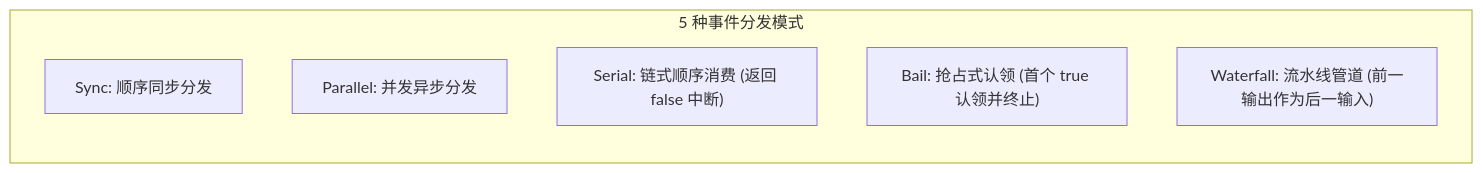
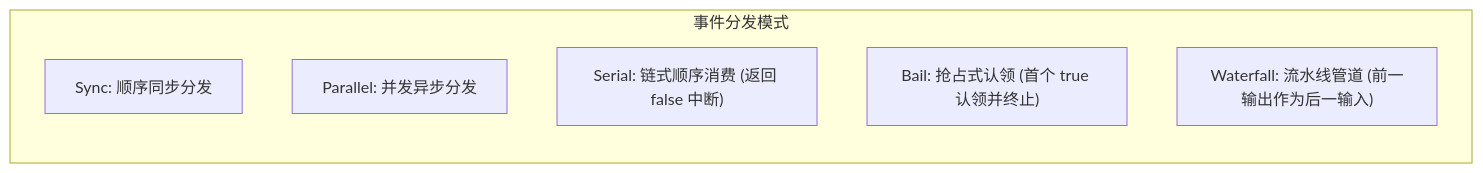
Before and after one commit to fjay/knotra: the fifth of 5 diagrams in docs/Knotra API 与集成指南.md, drawn with Mermaid. The commit also changed other lines of this file and 7 other files, not shown here.

````diff
--- a/docs/Knotra API 与集成指南.md
+++ b/docs/Knotra API 与集成指南.md
@@ -246,10 +246,10 @@
 ```mermaid
 graph LR
-    subgraph event_modes ["5 种事件分发模式"]
+    subgraph event_modes ["事件分发模式"]
         M1["Sync: 顺序同步分发"]
         M2["Parallel: 并发异步分发"]
         M3["Serial: 链式顺序消费 (返回 false 中断)"]
         M4["Bail: 抢占式认领 (首个 true 认领并终止)"]
         M5["Waterfall: 流水线管道 (前一输出作为后一输入)"]
     end
 ```
````
